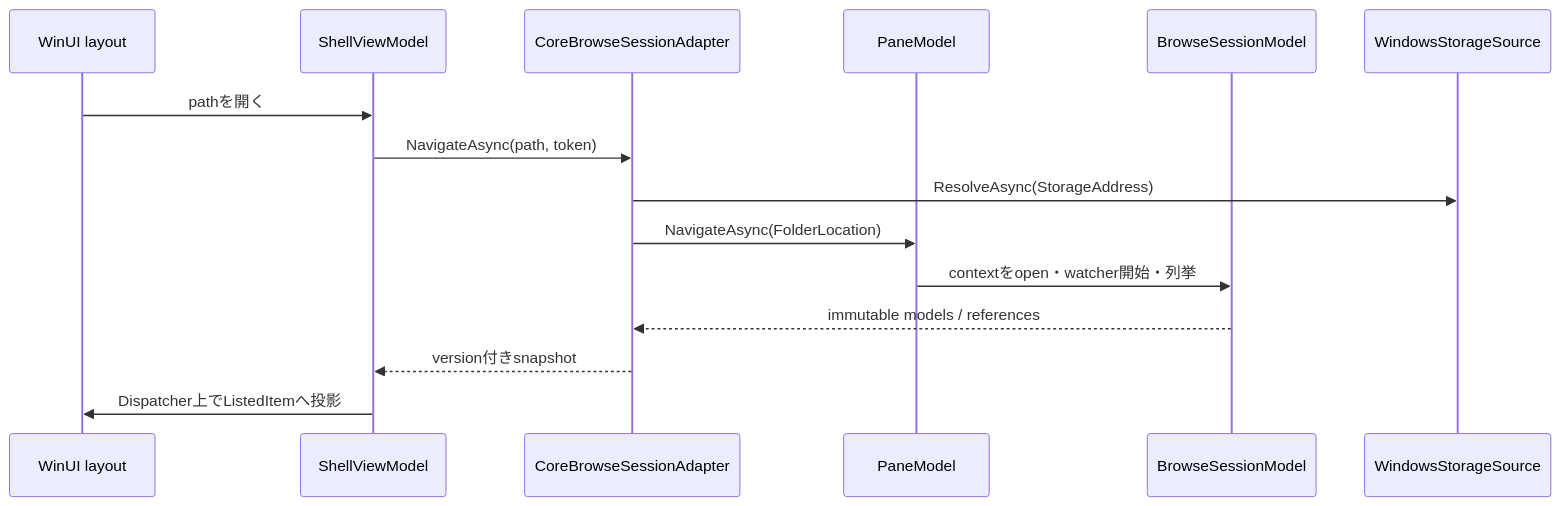
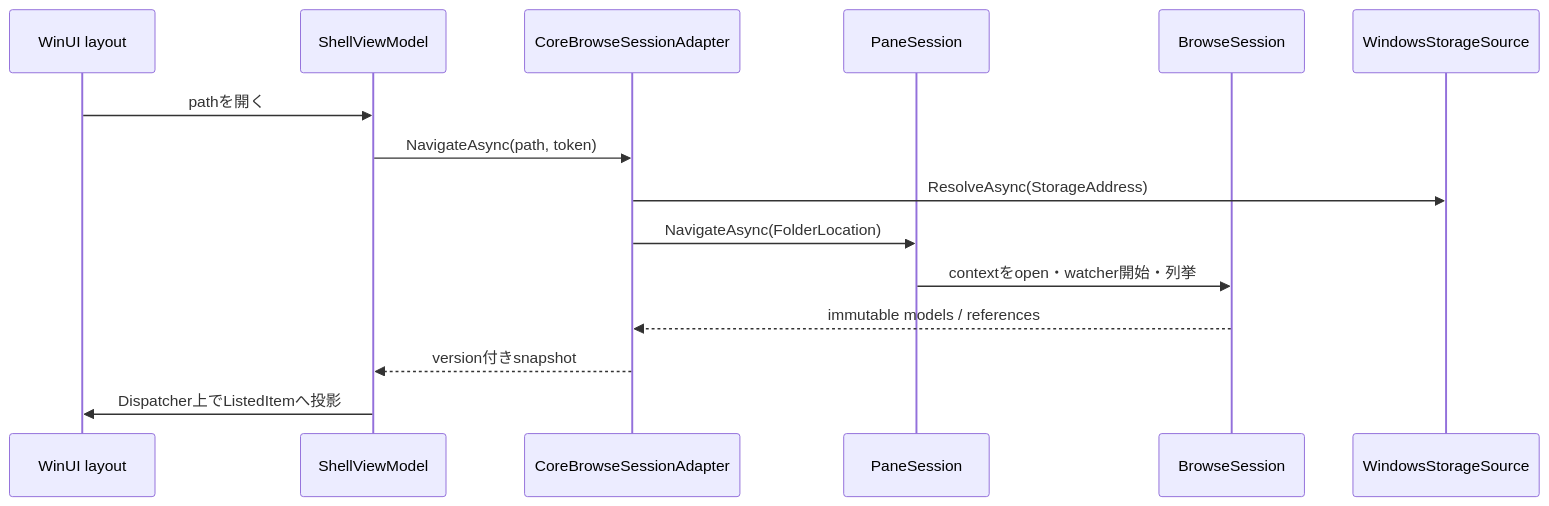
Before and after one commit to 0x5bfa/ReFiles: the third of 4 diagrams in docs/files-app.md, drawn with Mermaid. The commit also changed other lines of this file and 93 other files, not shown here.

Commit message:
Rearchitect application state management

````diff
--- a/docs/files-app.md
+++ b/docs/files-app.md
@@ -72,18 +72,18 @@
 ```mermaid
 sequenceDiagram
     participant View as WinUI layout
     participant Shell as ShellViewModel
     participant Adapter as CoreBrowseSessionAdapter
-    participant Pane as PaneModel
-    participant Session as BrowseSessionModel
+    participant Pane as PaneSession
+    participant Session as BrowseSession
     participant Source as WindowsStorageSource
 
     View->>Shell: pathを開く
     Shell->>Adapter: NavigateAsync(path, token)
     Adapter->>Source: ResolveAsync(StorageAddress)
     Adapter->>Pane: NavigateAsync(FolderLocation)
     Pane->>Session: contextをopen・watcher開始・列挙
     Session-->>Adapter: immutable models / references
     Adapter-->>Shell: version付きsnapshot
     Shell->>View: Dispatcher上でListedItemへ投影
 ```
````
